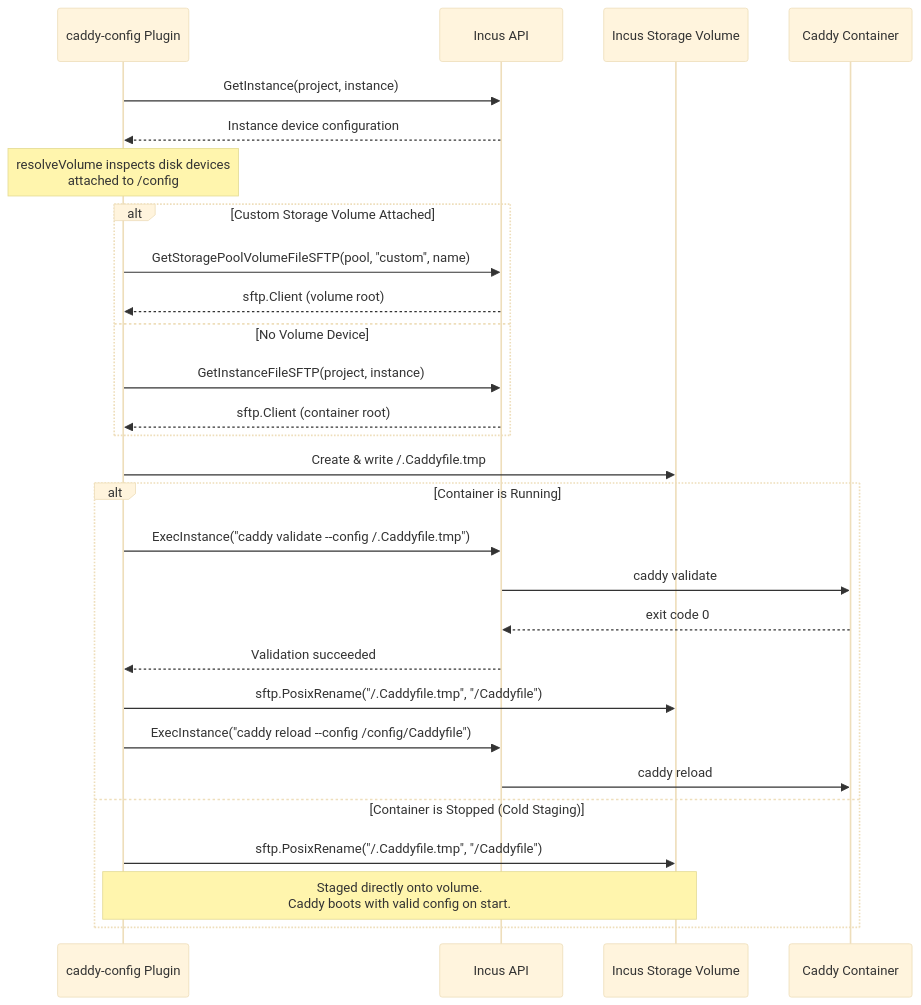
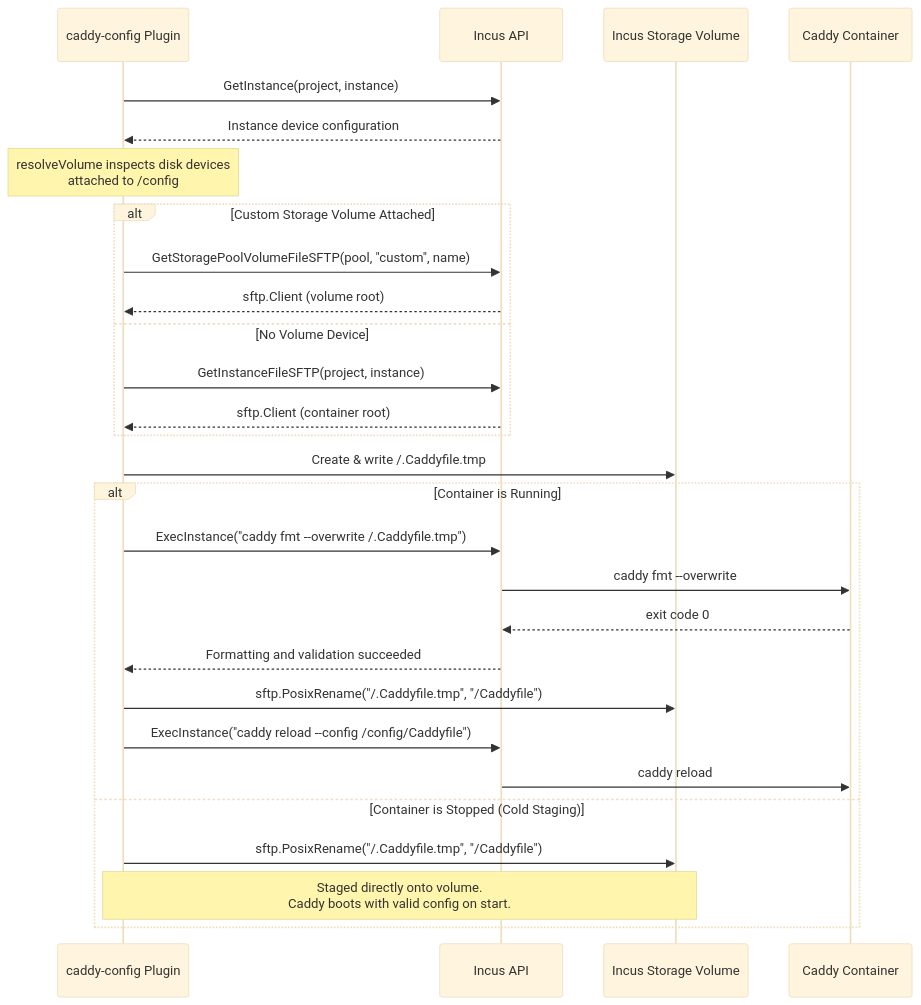
The second of 3 diagrams in docs/root/architecture.md (jochumdev/incus-caddy-config), drawn with Mermaid (base theme) before and after one commit. The commit also changed other lines of this file and 12 other files, not shown here.

````diff
--- a/docs/root/architecture.md
+++ b/docs/root/architecture.md
@@ -67,34 +67,34 @@
 ```mermaid
 sequenceDiagram
     participant P as caddy-config Plugin
     participant API as Incus API
     participant Vol as Incus Storage Volume
     participant C as Caddy Container
 
     P->>API: GetInstance(project, instance)
     API-->>P: Instance device configuration
     Note over P: resolveVolume inspects disk devices<br/>attached to /config
 
     alt Custom Storage Volume Attached
         P->>API: GetStoragePoolVolumeFileSFTP(pool, "custom", name)
         API-->>P: sftp.Client (volume root)
     else No Volume Device
         P->>API: GetInstanceFileSFTP(project, instance)
         API-->>P: sftp.Client (container root)
     end
 
     P->>Vol: Create & write /.Caddyfile.tmp
     
     alt Container is Running
-        P->>API: ExecInstance("caddy validate --config /.Caddyfile.tmp")
-        API->>C: caddy validate
+        P->>API: ExecInstance("caddy fmt --overwrite /.Caddyfile.tmp")
+        API->>C: caddy fmt --overwrite
         C-->>API: exit code 0
-        API-->>P: Validation succeeded
+        API-->>P: Formatting and validation succeeded
         P->>Vol: sftp.PosixRename("/.Caddyfile.tmp", "/Caddyfile")
         P->>API: ExecInstance("caddy reload --config /config/Caddyfile")
         API->>C: caddy reload
     else Container is Stopped (Cold Staging)
         P->>Vol: sftp.PosixRename("/.Caddyfile.tmp", "/Caddyfile")
         Note over P,Vol: Staged directly onto volume.<br/>Caddy boots with valid config on start.
     end
 ```
````
